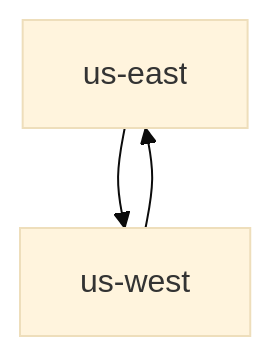
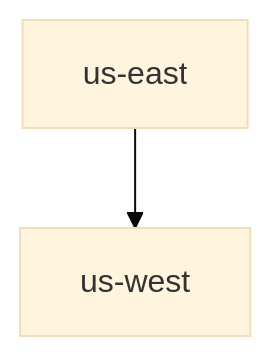
One commit to streamnative/pulsar-resources-operator changed the diagram in docs/pulsar_geo_replication.md. Above: the diagram before and after it, drawn with Mermaid (base theme). The commit also changed other lines of this file and 27 other files, not shown here.

````diff
--- a/docs/pulsar_geo_replication.md
+++ b/docs/pulsar_geo_replication.md
@@ -170,5 +172,4 @@
 ```mermaid
 graph TD;
   us-east-->us-west;
-  us-west-->us-east;
 ```
````
